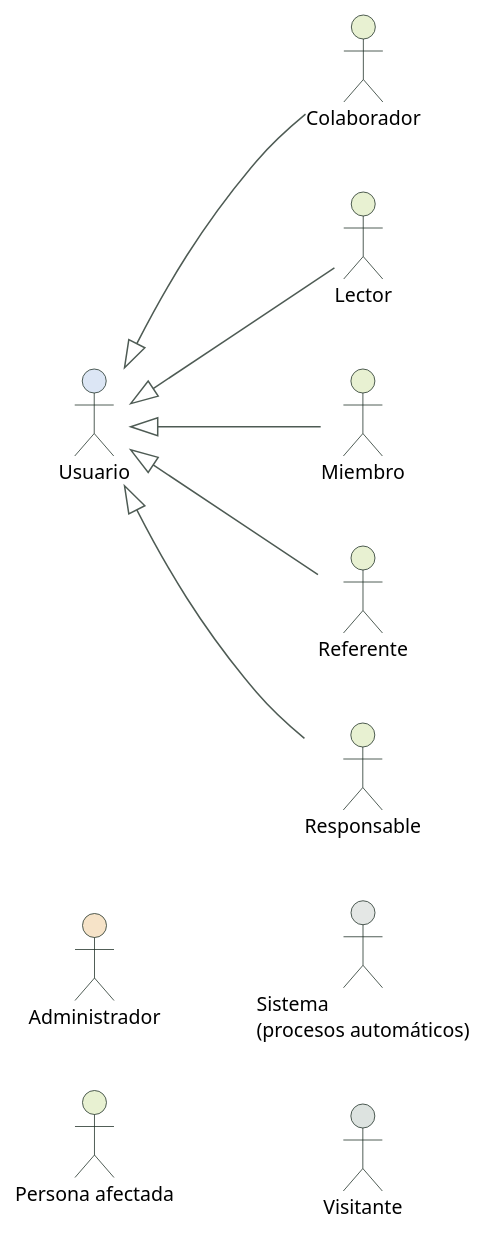
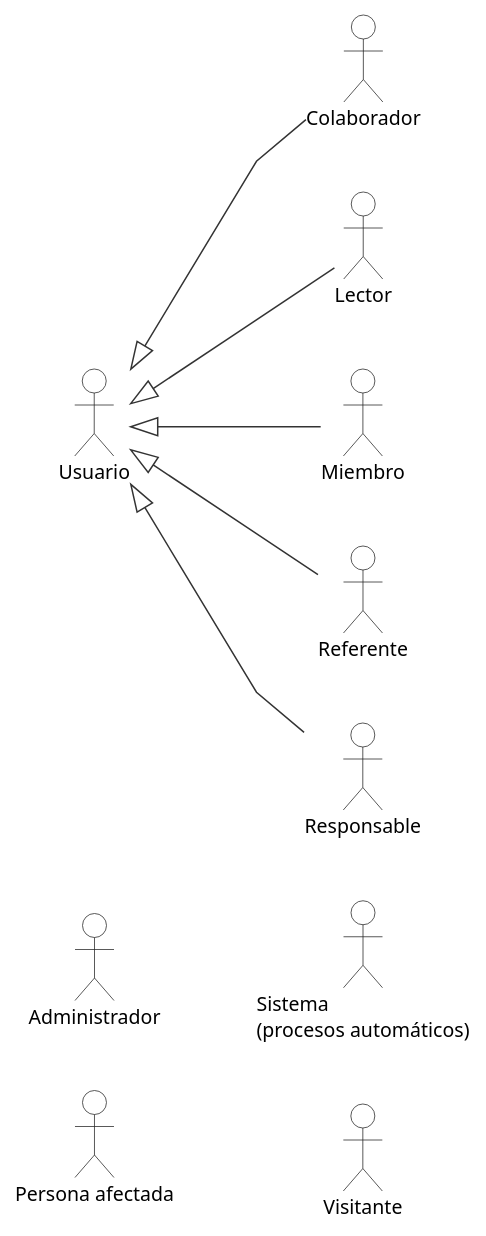
One commit to valentinasalmon/PFG-sistema-deteccion-IA changed the diagram in docs/arquitectura/diagramas/09-casos-de-uso-actores.puml. Above: the diagram before and after it, drawn with PlantUML. The commit also changed 32 other files, not shown here.

First line of the commit message:
estilo(diagramas): diagramas ordenados con aspecto de hechos a mano

```diff
--- a/docs/arquitectura/diagramas/09-casos-de-uso-actores.puml
+++ b/docs/arquitectura/diagramas/09-casos-de-uso-actores.puml
@@ -1,26 +1,39 @@
 @startuml casos-de-uso-actores
 skinparam defaultFontName Arial
 skinparam defaultFontSize 13
 skinparam shadowing false
 skinparam ArrowColor #4E5B54
 skinparam nodesep 40
 skinparam ranksep 55
+skinparam linetype polyline
+skinparam ArrowColor #333333
+skinparam actor {
+  BorderColor #222222
+  BackgroundColor #FFFFFF
+}
+skinparam usecase {
+  BorderColor #333333
+  BackgroundColor #FFFFFF
+}
+skinparam rectangle {
+  BorderColor #555555
+  FontStyle bold
+}
 left to right direction
-skinparam actorBorderColor #17291F
 
-actor "Administrador" as administrador #F6E3C8
-actor "Colaborador" as colaborador #E8F1D2
-actor "Lector" as lector #E8F1D2
-actor "Miembro" as miembro #E8F1D2
-actor "Persona afectada" as personaafectada #E8F1D2
-actor "Referente" as referente #E8F1D2
-actor "Responsable" as responsable #E8F1D2
-actor "Sistema\n(procesos automáticos)" as sistema #E4E7E5
-actor "Usuario" as usuario #DCE6F5
-actor "Visitante" as visitante #DDE3E0
+actor "Administrador" as administrador
+actor "Colaborador" as colaborador
+actor "Lector" as lector
+actor "Miembro" as miembro
+actor "Persona afectada" as personaafectada
+actor "Referente" as referente
+actor "Responsable" as responsable
+actor "Sistema\n(procesos automáticos)" as sistema
+actor "Usuario" as usuario
+actor "Visitante" as visitante
 usuario <|-- referente
 usuario <|-- miembro
 usuario <|-- responsable
 usuario <|-- colaborador
 usuario <|-- lector
 @enduml
```
